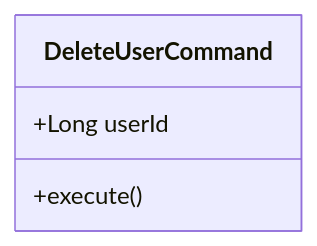
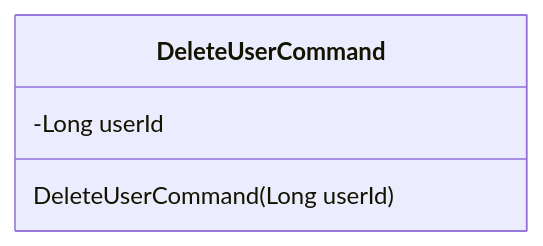
One commit to viswarajramji/user changed the fourth of 8 diagrams in readme.md. Above: the diagram before and after it, drawn with Mermaid. The commit also changed other lines of this file, not shown here.

````diff
--- a/readme.md
+++ b/readme.md
@@ -98,7 +101,8 @@
 ```mermaid
 classDiagram
     class DeleteUserCommand {
-        +Long userId
-        +execute()
+        -Long userId
+        DeleteUserCommand(Long userId)
     }
+
 ```
````
